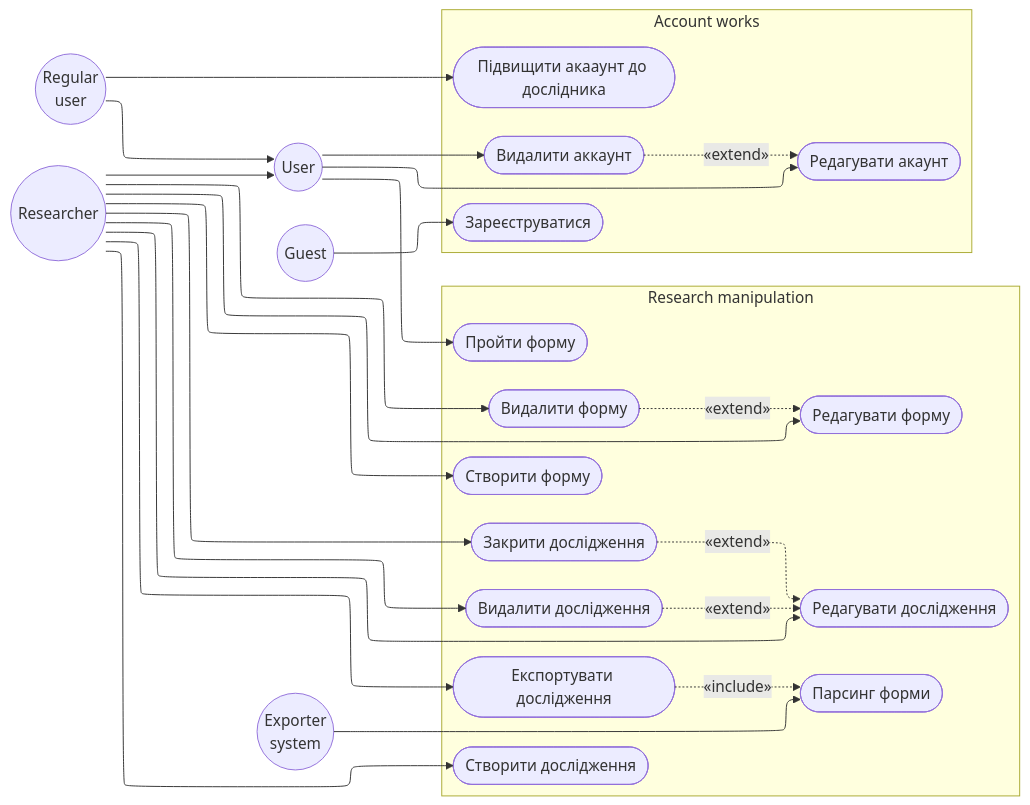
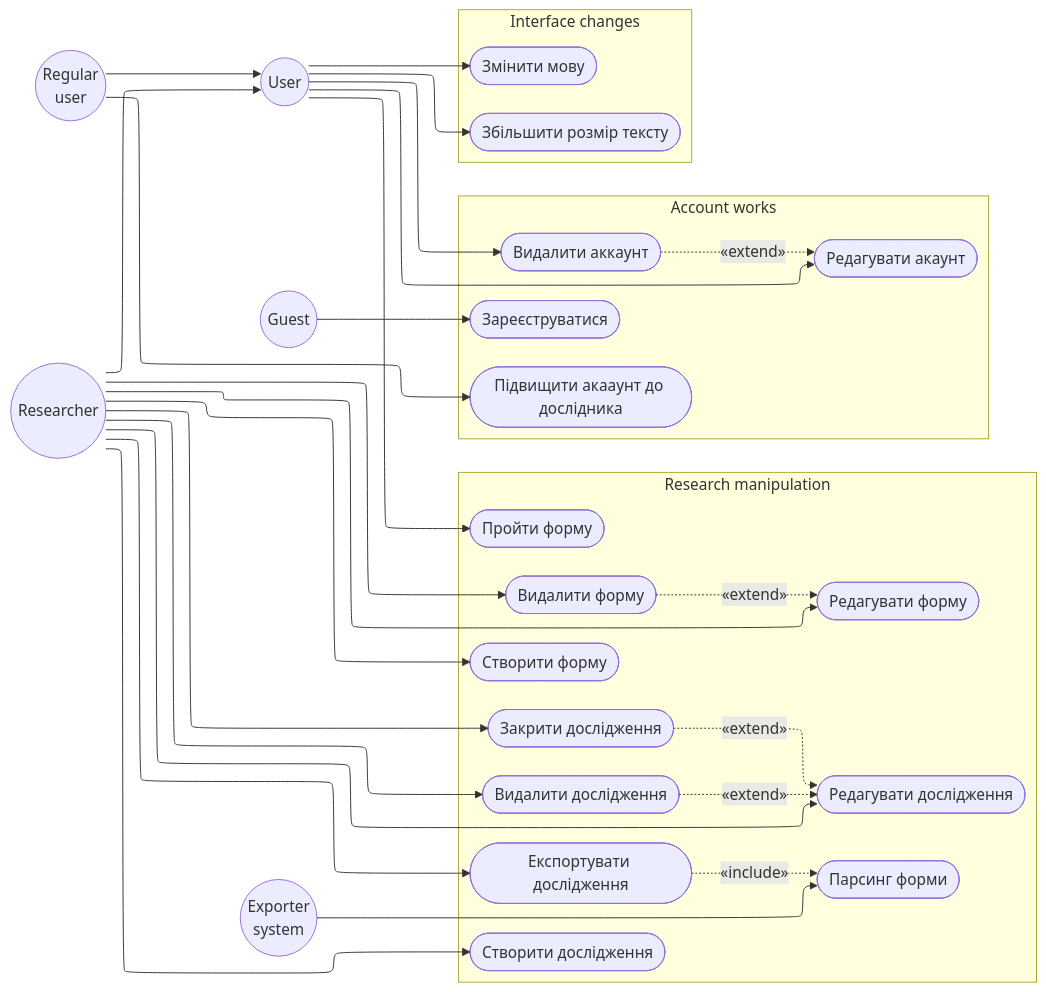
Before and after one commit to LenivyKrabik/KPI2: the diagram in Lab2/artifacts/use_case_diagram.mmd, drawn with Mermaid. The commit also changed 3 other files, not shown here.

```diff
--- a/Lab2/artifacts/use_case_diagram.mmd
+++ b/Lab2/artifacts/use_case_diagram.mmd
@@ -1,55 +1,62 @@
 flowchart-elk LR
     %%В mermaid немає іконок людей в класах окрім usecase, який не усюди підтримується, кружечки - найбільш схоже, що я зміг знайти
     User((User))
     RegUser((Regular<br/>user))
     Researcher((Researcher))
     Guest((Guest))
     Exporter((Exporter<br/>system))
 
     subgraph Researches [Research manipulation]
         UC3([Створити дослідження])
         UC4([Створити форму])
         UC5([Пройти форму])
         UC6([Експортувати дослідження])
         UC8([Закрити дослідження])
         UC9([Парсинг форми])
         UC11([Редагувати дослідження])
         UC12([Редагувати форму])
         UC13([Видалити дослідження])
         UC14([Видалити форму])
     end
 
     subgraph Account [Account works]
         UC1([Зареєструватися])
         UC2([Підвищити акааунт до дослідника])
         UC7([Видалити аккаунт])
         UC10([Редагувати акаунт])
     end
 
+    subgraph Interface [Interface changes]
+        UC15([Змінити мову])
+        UC16([Збільшити розмір тексту])
+    end
+
     %%Actors to action
     Guest --> UC1
     User --> UC5
     User --> UC7
     User --> UC10
+    User --> UC15
+    User --> UC16
     RegUser --> UC2
     Researcher --> UC3
     Researcher --> UC4
     Researcher --> UC6
     Researcher --> UC8
     Exporter --> UC9
     Researcher --> UC11
     Researcher --> UC12
     Researcher --> UC13
     Researcher --> UC14
 
 
     %%Actors to actors (В mermaids flowchart немає гарної порожньої стрілочки, зжальтесь надімною, I beg you Speed, I need this)
     RegUser --> User
     Researcher --> User
 
     %%Action to action
     UC7 -.->|«extend»| UC10
     UC6 -.->|«include»| UC9
     UC13 -.->|«extend»| UC11
     UC14 -.->|«extend»| UC12
     UC8 -.->|«extend»| UC11
```
